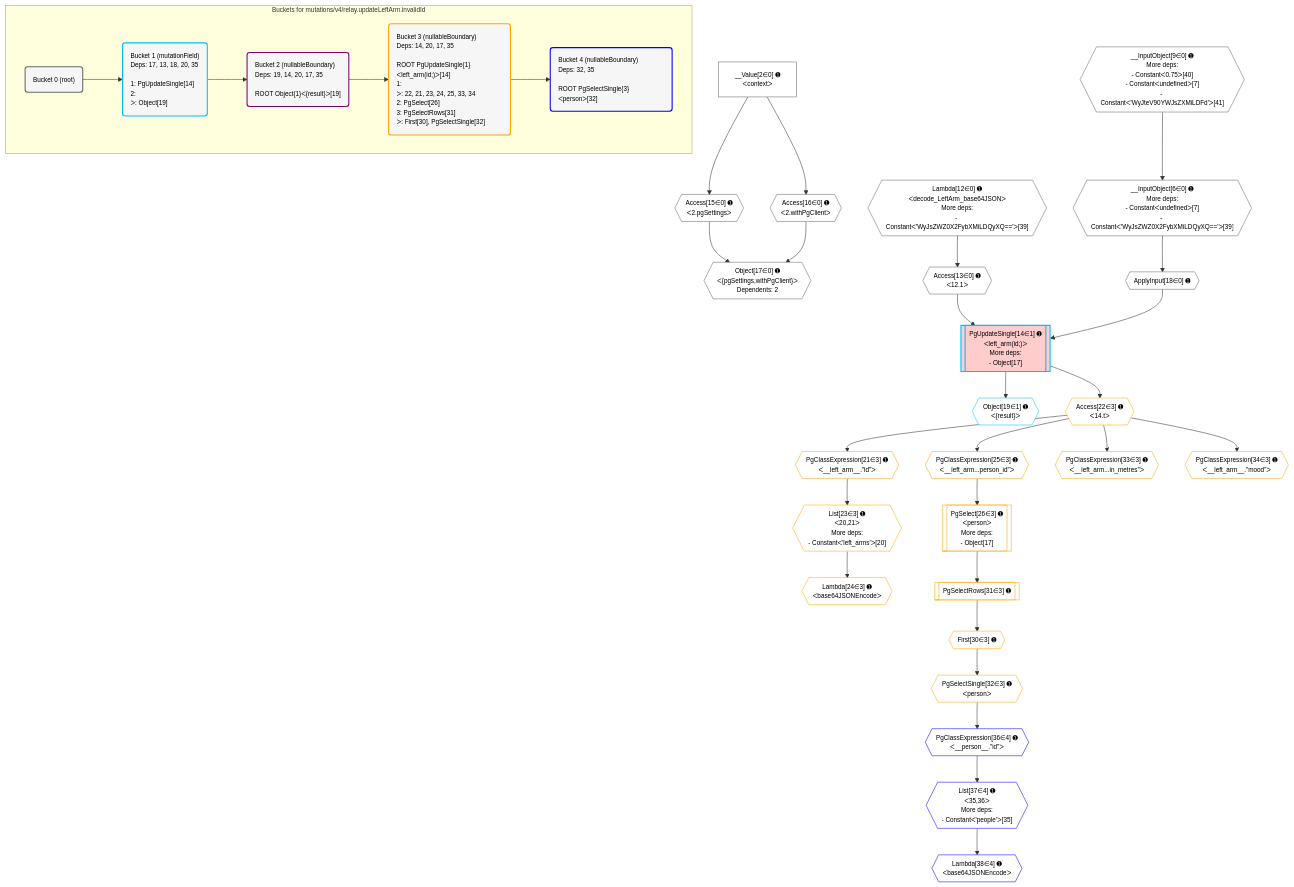
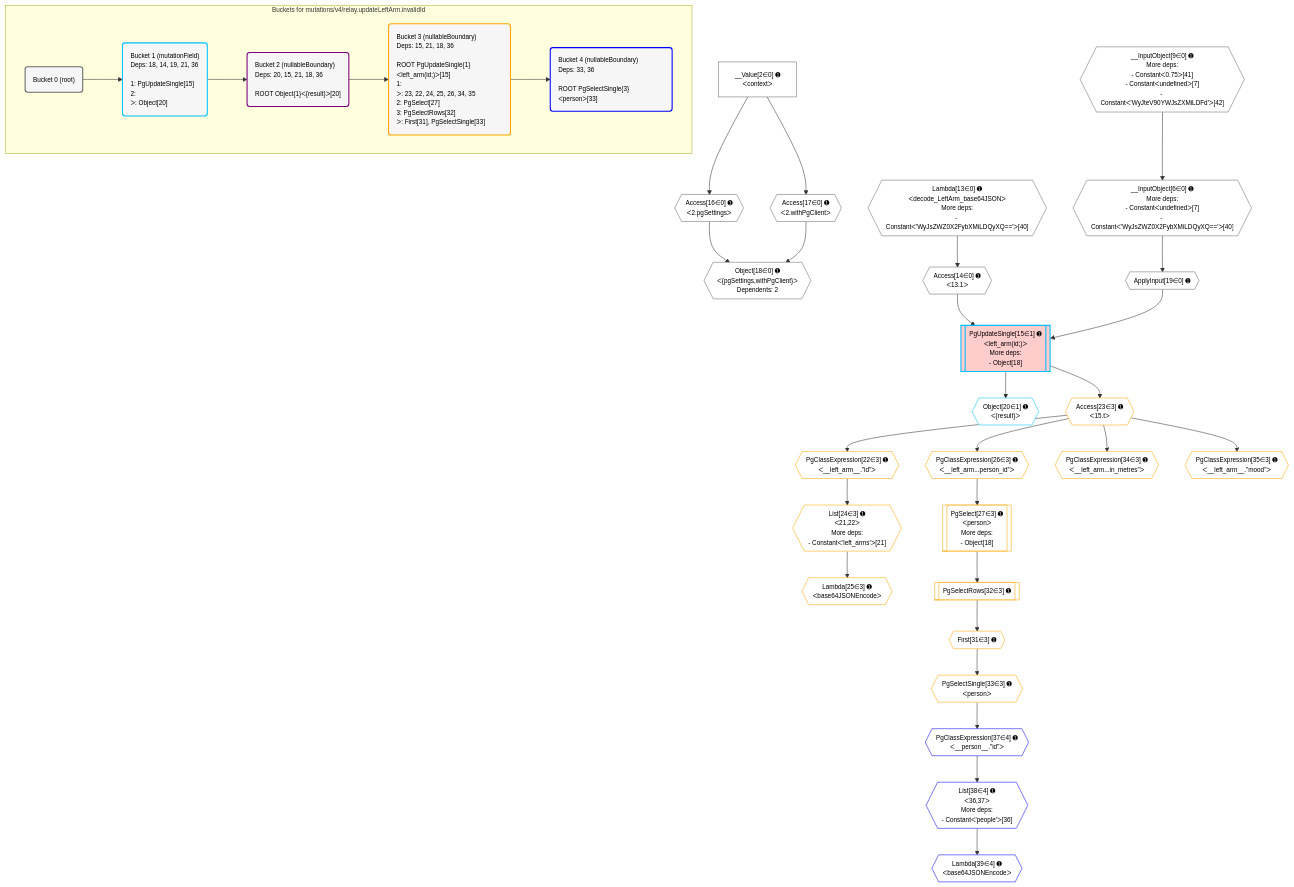
Before and after one commit to graphile/crystal: the diagram in postgraphile/postgraphile/__tests__/mutations/v4/relay.updateLeftArm.invalidId.mermaid, drawn with Mermaid. The commit also changed 6 other files, not shown here.

```diff
--- a/postgraphile/postgraphile/__tests__/mutations/v4/relay.updateLeftArm.invalidId.mermaid
+++ b/postgraphile/postgraphile/__tests__/mutations/v4/relay.updateLeftArm.invalidId.mermaid
@@ -1,81 +1,81 @@
 %%{init: {'themeVariables': { 'fontSize': '12px'}}}%%
 graph TD
     classDef path fill:#eee,stroke:#000,color:#000
     classDef plan fill:#fff,stroke-width:1px,color:#000
     classDef itemplan fill:#fff,stroke-width:2px,color:#000
     classDef unbatchedplan fill:#dff,stroke-width:1px,color:#000
     classDef sideeffectplan fill:#fcc,stroke-width:2px,color:#000
     classDef bucket fill:#f6f6f6,color:#000,stroke-width:2px,text-align:left
 
     subgraph "Buckets for mutations/v4/relay.updateLeftArm.invalidId"
     Bucket0("Bucket 0 (root)"):::bucket
-    Bucket1("Bucket 1 (mutationField)<br />Deps: 17, 13, 18, 20, 35<br /><br />1: PgUpdateSingle[14]<br />2: <br />ᐳ: Object[19]"):::bucket
-    Bucket2("Bucket 2 (nullableBoundary)<br />Deps: 19, 14, 20, 17, 35<br /><br />ROOT Object{1}ᐸ{result}ᐳ[19]"):::bucket
-    Bucket3("Bucket 3 (nullableBoundary)<br />Deps: 14, 20, 17, 35<br /><br />ROOT PgUpdateSingle{1}ᐸleft_arm(id;)ᐳ[14]<br />1: <br />ᐳ: 22, 21, 23, 24, 25, 33, 34<br />2: PgSelect[26]<br />3: PgSelectRows[31]<br />ᐳ: First[30], PgSelectSingle[32]"):::bucket
-    Bucket4("Bucket 4 (nullableBoundary)<br />Deps: 32, 35<br /><br />ROOT PgSelectSingle{3}ᐸpersonᐳ[32]"):::bucket
+    Bucket1("Bucket 1 (mutationField)<br />Deps: 18, 14, 19, 21, 36<br /><br />1: PgUpdateSingle[15]<br />2: <br />ᐳ: Object[20]"):::bucket
+    Bucket2("Bucket 2 (nullableBoundary)<br />Deps: 20, 15, 21, 18, 36<br /><br />ROOT Object{1}ᐸ{result}ᐳ[20]"):::bucket
+    Bucket3("Bucket 3 (nullableBoundary)<br />Deps: 15, 21, 18, 36<br /><br />ROOT PgUpdateSingle{1}ᐸleft_arm(id;)ᐳ[15]<br />1: <br />ᐳ: 23, 22, 24, 25, 26, 34, 35<br />2: PgSelect[27]<br />3: PgSelectRows[32]<br />ᐳ: First[31], PgSelectSingle[33]"):::bucket
+    Bucket4("Bucket 4 (nullableBoundary)<br />Deps: 33, 36<br /><br />ROOT PgSelectSingle{3}ᐸpersonᐳ[33]"):::bucket
     end
     Bucket0 --> Bucket1
     Bucket1 --> Bucket2
     Bucket2 --> Bucket3
     Bucket3 --> Bucket4
 
     %% plan dependencies
-    __InputObject6{{"__InputObject[6∈0] ➊<br />More deps:<br />- Constantᐸundefinedᐳ[7]<br />- Constantᐸ'WyJsZWZ0X2FybXMiLDQyXQ=='ᐳ[39]"}}:::plan
-    __InputObject9{{"__InputObject[9∈0] ➊<br />More deps:<br />- Constantᐸ0.75ᐳ[40]<br />- Constantᐸundefinedᐳ[7]<br />- Constantᐸ'WyJteV90YWJsZXMiLDFd'ᐳ[41]"}}:::plan
+    __InputObject6{{"__InputObject[6∈0] ➊<br />More deps:<br />- Constantᐸundefinedᐳ[7]<br />- Constantᐸ'WyJsZWZ0X2FybXMiLDQyXQ=='ᐳ[40]"}}:::plan
+    __InputObject9{{"__InputObject[9∈0] ➊<br />More deps:<br />- Constantᐸ0.75ᐳ[41]<br />- Constantᐸundefinedᐳ[7]<br />- Constantᐸ'WyJteV90YWJsZXMiLDFd'ᐳ[42]"}}:::plan
     __InputObject9 --> __InputObject6
-    Object17{{"Object[17∈0] ➊<br />ᐸ{pgSettings,withPgClient}ᐳ<br />Dependents: 2"}}:::plan
-    Access15{{"Access[15∈0] ➊<br />ᐸ2.pgSettingsᐳ"}}:::plan
-    Access16{{"Access[16∈0] ➊<br />ᐸ2.withPgClientᐳ"}}:::plan
-    Access15 & Access16 --> Object17
-    Lambda12{{"Lambda[12∈0] ➊<br />ᐸdecode_LeftArm_base64JSONᐳ<br />More deps:<br />- Constantᐸ'WyJsZWZ0X2FybXMiLDQyXQ=='ᐳ[39]"}}:::plan
-    Access13{{"Access[13∈0] ➊<br />ᐸ12.1ᐳ"}}:::plan
-    Lambda12 --> Access13
+    Object18{{"Object[18∈0] ➊<br />ᐸ{pgSettings,withPgClient}ᐳ<br />Dependents: 2"}}:::plan
+    Access16{{"Access[16∈0] ➊<br />ᐸ2.pgSettingsᐳ"}}:::plan
+    Access17{{"Access[17∈0] ➊<br />ᐸ2.withPgClientᐳ"}}:::plan
+    Access16 & Access17 --> Object18
+    Lambda13{{"Lambda[13∈0] ➊<br />ᐸdecode_LeftArm_base64JSONᐳ<br />More deps:<br />- Constantᐸ'WyJsZWZ0X2FybXMiLDQyXQ=='ᐳ[40]"}}:::plan
+    Access14{{"Access[14∈0] ➊<br />ᐸ13.1ᐳ"}}:::plan
+    Lambda13 --> Access14
     __Value2["__Value[2∈0] ➊<br />ᐸcontextᐳ"]:::plan
-    __Value2 --> Access15
     __Value2 --> Access16
-    ApplyInput18{{"ApplyInput[18∈0] ➊"}}:::plan
-    __InputObject6 --> ApplyInput18
-    PgUpdateSingle14[["PgUpdateSingle[14∈1] ➊<br />ᐸleft_arm(id;)ᐳ<br />More deps:<br />- Object[17]"]]:::sideeffectplan
-    Access13 & ApplyInput18 --> PgUpdateSingle14
-    Object19{{"Object[19∈1] ➊<br />ᐸ{result}ᐳ"}}:::plan
-    PgUpdateSingle14 --> Object19
-    List23{{"List[23∈3] ➊<br />ᐸ20,21ᐳ<br />More deps:<br />- Constantᐸ'left_arms'ᐳ[20]"}}:::plan
-    PgClassExpression21{{"PgClassExpression[21∈3] ➊<br />ᐸ__left_arm__.”id”ᐳ"}}:::plan
-    PgClassExpression21 --> List23
-    PgSelect26[["PgSelect[26∈3] ➊<br />ᐸpersonᐳ<br />More deps:<br />- Object[17]"]]:::plan
-    PgClassExpression25{{"PgClassExpression[25∈3] ➊<br />ᐸ__left_arm...person_id”ᐳ"}}:::plan
-    PgClassExpression25 --> PgSelect26
-    Access22{{"Access[22∈3] ➊<br />ᐸ14.tᐳ"}}:::plan
-    Access22 --> PgClassExpression21
-    PgUpdateSingle14 --> Access22
-    Lambda24{{"Lambda[24∈3] ➊<br />ᐸbase64JSONEncodeᐳ"}}:::plan
-    List23 --> Lambda24
-    Access22 --> PgClassExpression25
-    First30{{"First[30∈3] ➊"}}:::plan
-    PgSelectRows31[["PgSelectRows[31∈3] ➊"]]:::plan
-    PgSelectRows31 --> First30
-    PgSelect26 --> PgSelectRows31
-    PgSelectSingle32{{"PgSelectSingle[32∈3] ➊<br />ᐸpersonᐳ"}}:::plan
-    First30 --> PgSelectSingle32
-    PgClassExpression33{{"PgClassExpression[33∈3] ➊<br />ᐸ__left_arm...in_metres”ᐳ"}}:::plan
-    Access22 --> PgClassExpression33
-    PgClassExpression34{{"PgClassExpression[34∈3] ➊<br />ᐸ__left_arm__.”mood”ᐳ"}}:::plan
-    Access22 --> PgClassExpression34
-    List37{{"List[37∈4] ➊<br />ᐸ35,36ᐳ<br />More deps:<br />- Constantᐸ'people'ᐳ[35]"}}:::plan
-    PgClassExpression36{{"PgClassExpression[36∈4] ➊<br />ᐸ__person__.”id”ᐳ"}}:::plan
-    PgClassExpression36 --> List37
-    PgSelectSingle32 --> PgClassExpression36
-    Lambda38{{"Lambda[38∈4] ➊<br />ᐸbase64JSONEncodeᐳ"}}:::plan
-    List37 --> Lambda38
+    __Value2 --> Access17
+    ApplyInput19{{"ApplyInput[19∈0] ➊"}}:::plan
+    __InputObject6 --> ApplyInput19
+    PgUpdateSingle15[["PgUpdateSingle[15∈1] ➊<br />ᐸleft_arm(id;)ᐳ<br />More deps:<br />- Object[18]"]]:::sideeffectplan
+    Access14 & ApplyInput19 --> PgUpdateSingle15
+    Object20{{"Object[20∈1] ➊<br />ᐸ{result}ᐳ"}}:::plan
+    PgUpdateSingle15 --> Object20
+    List24{{"List[24∈3] ➊<br />ᐸ21,22ᐳ<br />More deps:<br />- Constantᐸ'left_arms'ᐳ[21]"}}:::plan
+    PgClassExpression22{{"PgClassExpression[22∈3] ➊<br />ᐸ__left_arm__.”id”ᐳ"}}:::plan
+    PgClassExpression22 --> List24
+    PgSelect27[["PgSelect[27∈3] ➊<br />ᐸpersonᐳ<br />More deps:<br />- Object[18]"]]:::plan
+    PgClassExpression26{{"PgClassExpression[26∈3] ➊<br />ᐸ__left_arm...person_id”ᐳ"}}:::plan
+    PgClassExpression26 --> PgSelect27
+    Access23{{"Access[23∈3] ➊<br />ᐸ15.tᐳ"}}:::plan
+    Access23 --> PgClassExpression22
+    PgUpdateSingle15 --> Access23
+    Lambda25{{"Lambda[25∈3] ➊<br />ᐸbase64JSONEncodeᐳ"}}:::plan
+    List24 --> Lambda25
+    Access23 --> PgClassExpression26
+    First31{{"First[31∈3] ➊"}}:::plan
+    PgSelectRows32[["PgSelectRows[32∈3] ➊"]]:::plan
+    PgSelectRows32 --> First31
+    PgSelect27 --> PgSelectRows32
+    PgSelectSingle33{{"PgSelectSingle[33∈3] ➊<br />ᐸpersonᐳ"}}:::plan
+    First31 --> PgSelectSingle33
+    PgClassExpression34{{"PgClassExpression[34∈3] ➊<br />ᐸ__left_arm...in_metres”ᐳ"}}:::plan
+    Access23 --> PgClassExpression34
+    PgClassExpression35{{"PgClassExpression[35∈3] ➊<br />ᐸ__left_arm__.”mood”ᐳ"}}:::plan
+    Access23 --> PgClassExpression35
+    List38{{"List[38∈4] ➊<br />ᐸ36,37ᐳ<br />More deps:<br />- Constantᐸ'people'ᐳ[36]"}}:::plan
+    PgClassExpression37{{"PgClassExpression[37∈4] ➊<br />ᐸ__person__.”id”ᐳ"}}:::plan
+    PgClassExpression37 --> List38
+    PgSelectSingle33 --> PgClassExpression37
+    Lambda39{{"Lambda[39∈4] ➊<br />ᐸbase64JSONEncodeᐳ"}}:::plan
+    List38 --> Lambda39
 
     %% define steps
     classDef bucket0 stroke:#696969
-    class Bucket0,__Value2,__InputObject6,__InputObject9,Lambda12,Access13,Access15,Access16,Object17,ApplyInput18 bucket0
+    class Bucket0,__Value2,__InputObject6,__InputObject9,Lambda13,Access14,Access16,Access17,Object18,ApplyInput19 bucket0
     classDef bucket1 stroke:#00bfff
-    class Bucket1,PgUpdateSingle14,Object19 bucket1
+    class Bucket1,PgUpdateSingle15,Object20 bucket1
     classDef bucket2 stroke:#7f007f
     class Bucket2 bucket2
     classDef bucket3 stroke:#ffa500
-    class Bucket3,PgClassExpression21,Access22,List23,Lambda24,PgClassExpression25,PgSelect26,First30,PgSelectRows31,PgSelectSingle32,PgClassExpression33,PgClassExpression34 bucket3
+    class Bucket3,PgClassExpression22,Access23,List24,Lambda25,PgClassExpression26,PgSelect27,First31,PgSelectRows32,PgSelectSingle33,PgClassExpression34,PgClassExpression35 bucket3
     classDef bucket4 stroke:#0000ff
-    class Bucket4,PgClassExpression36,List37,Lambda38 bucket4
+    class Bucket4,PgClassExpression37,List38,Lambda39 bucket4
```
